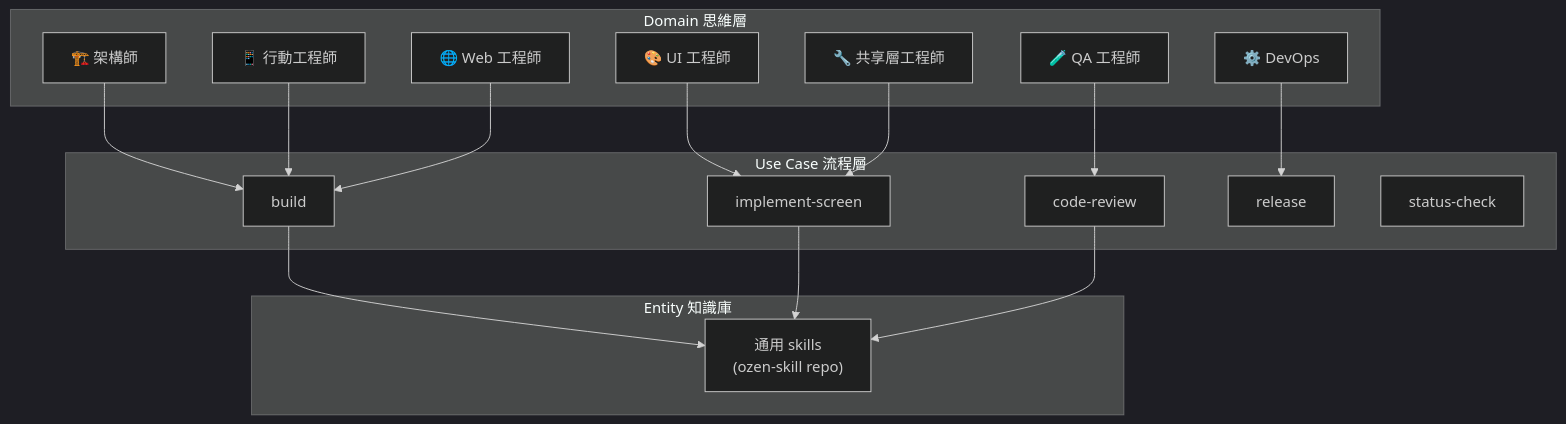
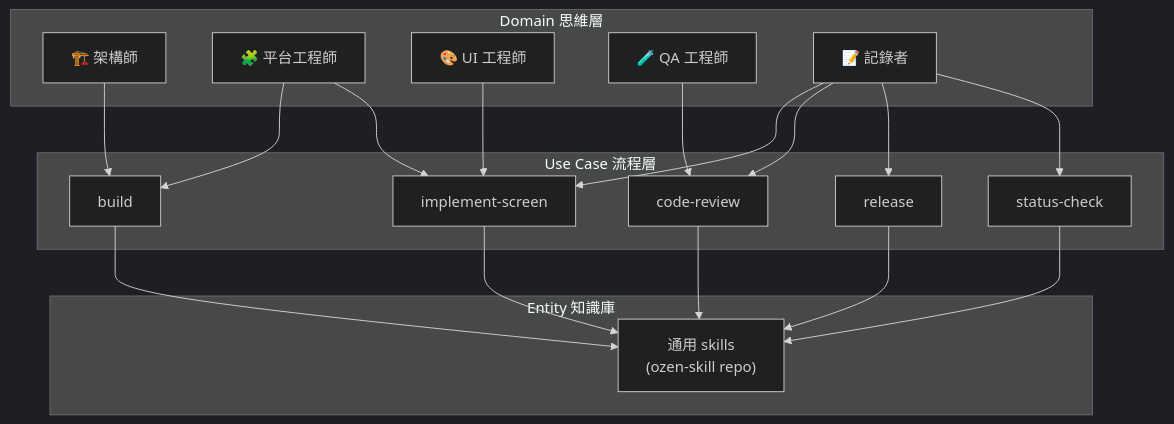
The first of 2 diagrams in TEAM.md (KaungLong/ozen-skill), drawn with Mermaid (dark theme) before and after one commit. The commit also changed other lines of this file and 7 other files, not shown here.

````diff
--- a/TEAM.md
+++ b/TEAM.md
@@ -15,36 +15,38 @@
 ```mermaid
 graph TB
     subgraph "Domain 思維層"
         ARCH["🏗️ 架構師"]
-        MOB["📱 行動工程師"]
-        WEB["🌐 Web 工程師"]
-        SL["🔧 共享層工程師"]
+        PLAT["🧩 平台工程師"]
         UI["🎨 UI 工程師"]
         QA["🧪 QA 工程師"]
-        OPS["⚙️ DevOps"]
+        REC["📝 記錄者"]
     end
 
     subgraph "Use Case 流程層"
         W1["build"]
         W2["implement-screen"]
         W3["code-review"]
         W4["release"]
         W5["status-check"]
     end
 
     subgraph "Entity 知識庫"
         SK["通用 skills<br/>(ozen-skill repo)"]
     end
 
     ARCH --> W1
-    MOB --> W1
-    WEB --> W1
+    PLAT --> W1
     UI --> W2
-    SL --> W2
+    PLAT --> W2
     QA --> W3
-    OPS --> W4
+    REC --> W2
+    REC --> W3
+    REC --> W4
+    REC --> W5
 
     W1 --> SK
     W2 --> SK
     W3 --> SK
+    W4 --> SK
+    W5 --> SK
 ```
````
